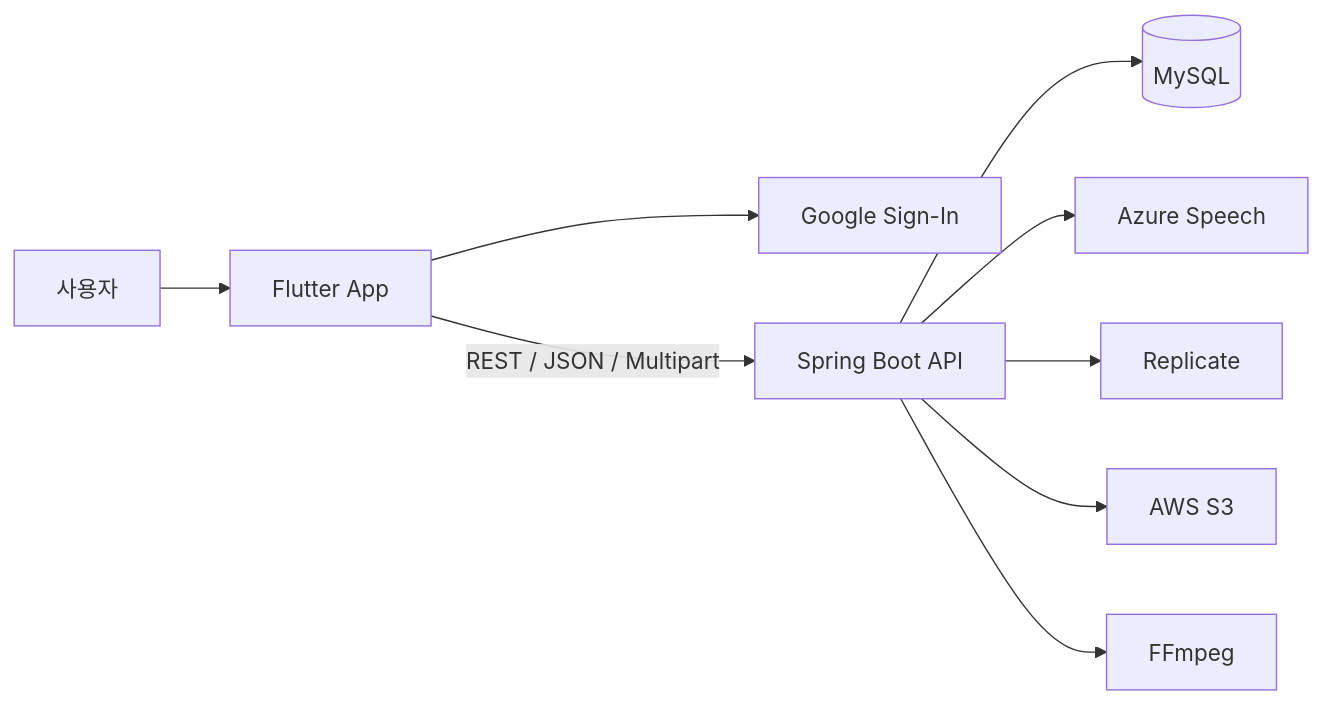
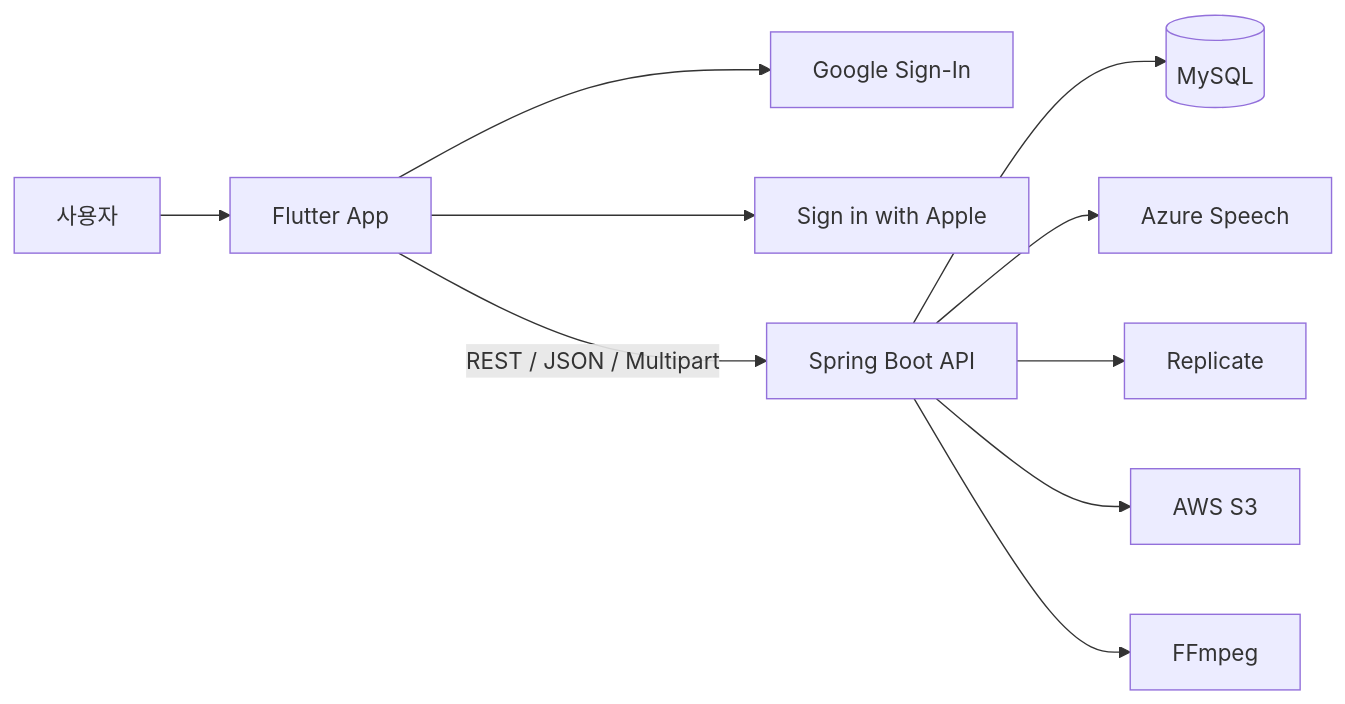
One commit to byeok99/LingKo changed the diagram in README.md. Above: the diagram before and after it, drawn with Mermaid. The commit also changed other lines of this file and 72 other files, not shown here.

Commit message:
feat: implement secure Apple sign-in

````diff
--- a/README.md
+++ b/README.md
@@ -23,11 +23,12 @@
 ```mermaid
 flowchart LR
     U[사용자] --> A[Flutter App]
     A --> G[Google Sign-In]
+    A --> P[Sign in with Apple]
     A -->|REST / JSON / Multipart| B[Spring Boot API]
     B --> D[(MySQL)]
     B --> Z[Azure Speech]
     B --> R[Replicate]
     B --> S[AWS S3]
     B --> F[FFmpeg]
 ```
````
